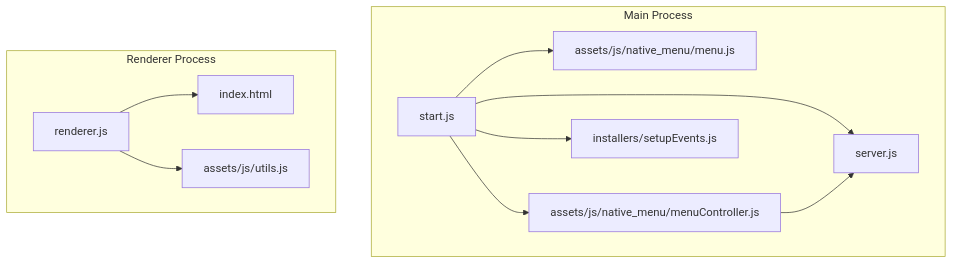
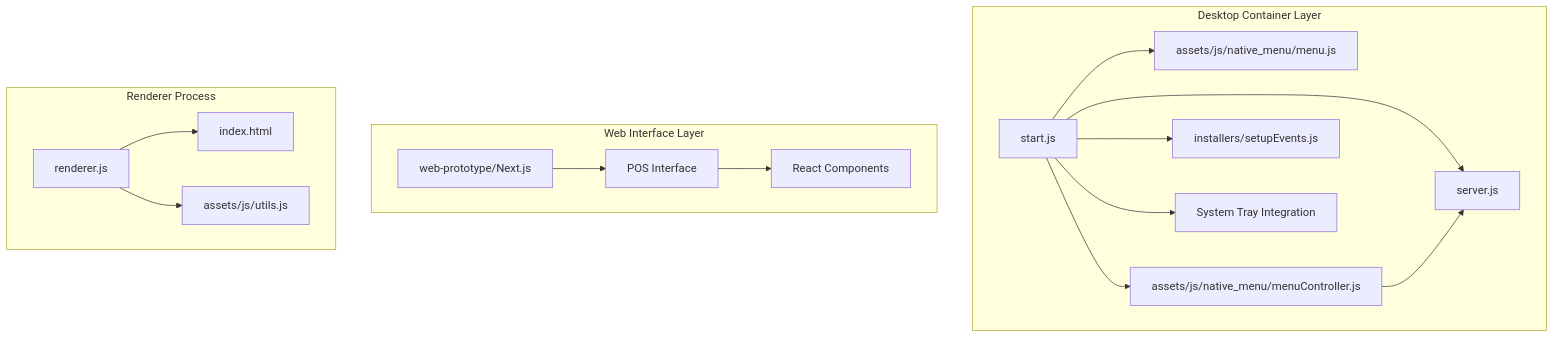
Before and after one commit to yosefdc7/PharmaPOS: the first of 10 diagrams in .qoder/repowiki/en/content/Desktop Application Architecture/Desktop Application Architecture.md, drawn with Mermaid. The commit also changed other lines of this file and 28 other files, not shown here.

````diff
--- a/.qoder/repowiki/en/content/Desktop Application Architecture/Desktop Application Architecture.md
+++ b/.qoder/repowiki/en/content/Desktop Application Architecture/Desktop Application Architecture.md
@@ -40,22 +51,31 @@
 ```mermaid
 graph TB
-subgraph "Main Process"
+subgraph "Desktop Container Layer"
 A["start.js"]
 B["server.js"]
 C["installers/setupEvents.js"]
 D["assets/js/native_menu/menu.js"]
 E["assets/js/native_menu/menuController.js"]
+F["System Tray Integration"]
+end
+subgraph "Web Interface Layer"
+G["web-prototype/Next.js"]
+H["POS Interface"]
+I["React Components"]
 end
 subgraph "Renderer Process"
 R["renderer.js"]
-H["index.html"]
-U["assets/js/utils.js"]
+J["index.html"]
+K["assets/js/utils.js"]
 end
 A --> D
 A --> E
 A --> B
 A --> C
-R --> H
-R --> U
+A --> F
+R --> J
+R --> K
 E --> B
+G --> H
+H --> I
 ```
````
